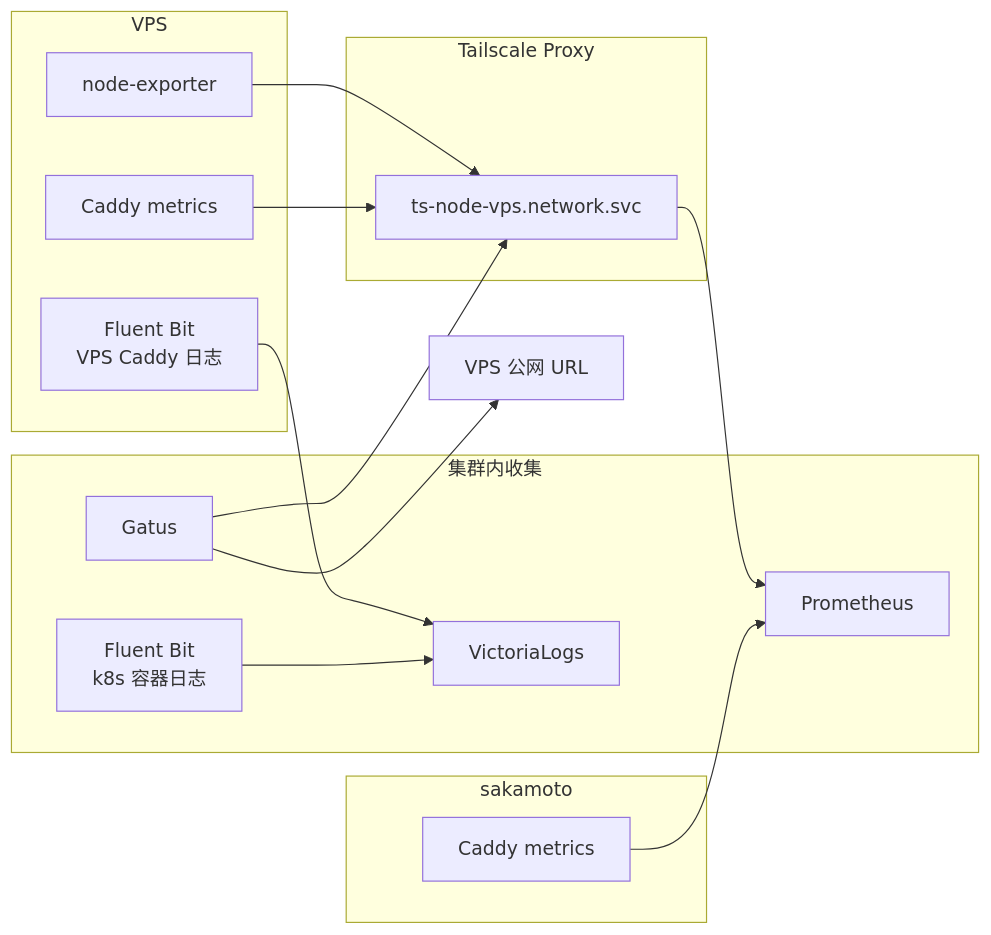
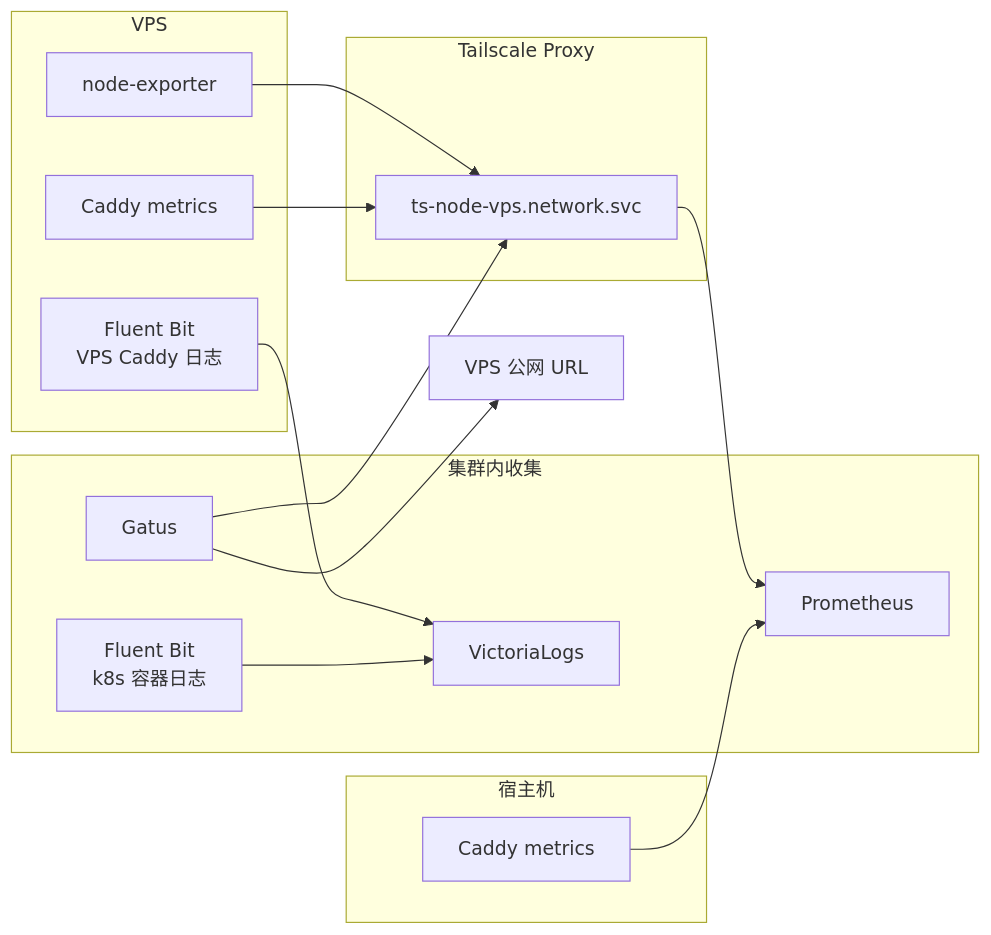
Before and after one commit to shelken/home-ops: the seventh of 9 diagrams in docs/ARCHITECTURE.md, drawn with Mermaid. The commit also changed other lines of this file and 1 other file, not shown here.

First line of the commit message:
docs(architecture): 统一集群全景架构动态图与文档并完成脱敏

````diff
--- a/docs/ARCHITECTURE.md
+++ b/docs/ARCHITECTURE.md
@@ -346,34 +346,34 @@
 ```mermaid
 graph LR
     subgraph VPS["VPS"]
         NE_VPS["node-exporter"]
         CADDY_VPS["Caddy metrics"]
         FB_VPS["Fluent Bit<br/>VPS Caddy 日志"]
     end
 
-    subgraph SAKAMOTO["sakamoto"]
+    subgraph SAKAMOTO["宿主机"]
         CADDY_SAKA["Caddy metrics"]
     end
 
     subgraph TS_PROXY["Tailscale Proxy"]
         TS_SVC["ts-node-vps.network.svc"]
     end
 
     subgraph COLLECT["集群内收集"]
         Prometheus["Prometheus"]
         VL["VictoriaLogs"]
         Gatus["Gatus"]
         FB_K8S["Fluent Bit<br/>k8s 容器日志"]
     end
 
     NE_VPS --> TS_SVC
     CADDY_VPS --> TS_SVC
     TS_SVC --> Prometheus
     CADDY_SAKA --> Prometheus
 
     FB_VPS --> VL
     FB_K8S --> VL
 
     Gatus --> TS_SVC
     Gatus --> VPS_Public["VPS 公网 URL"]
 ```
````
